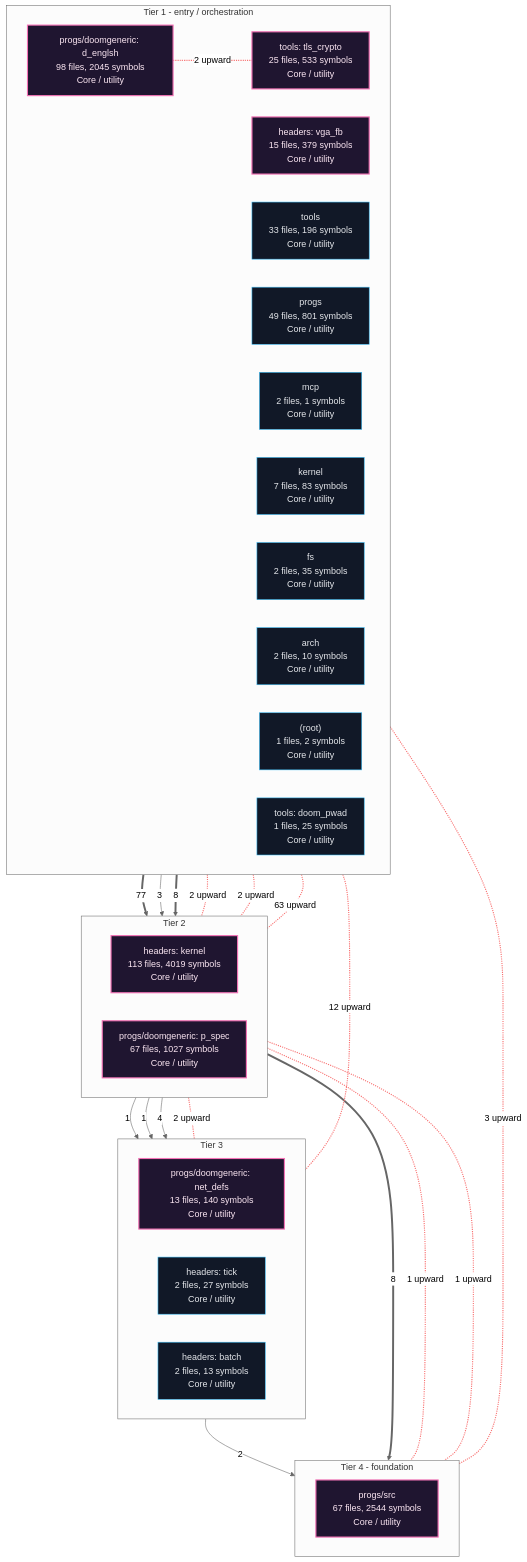
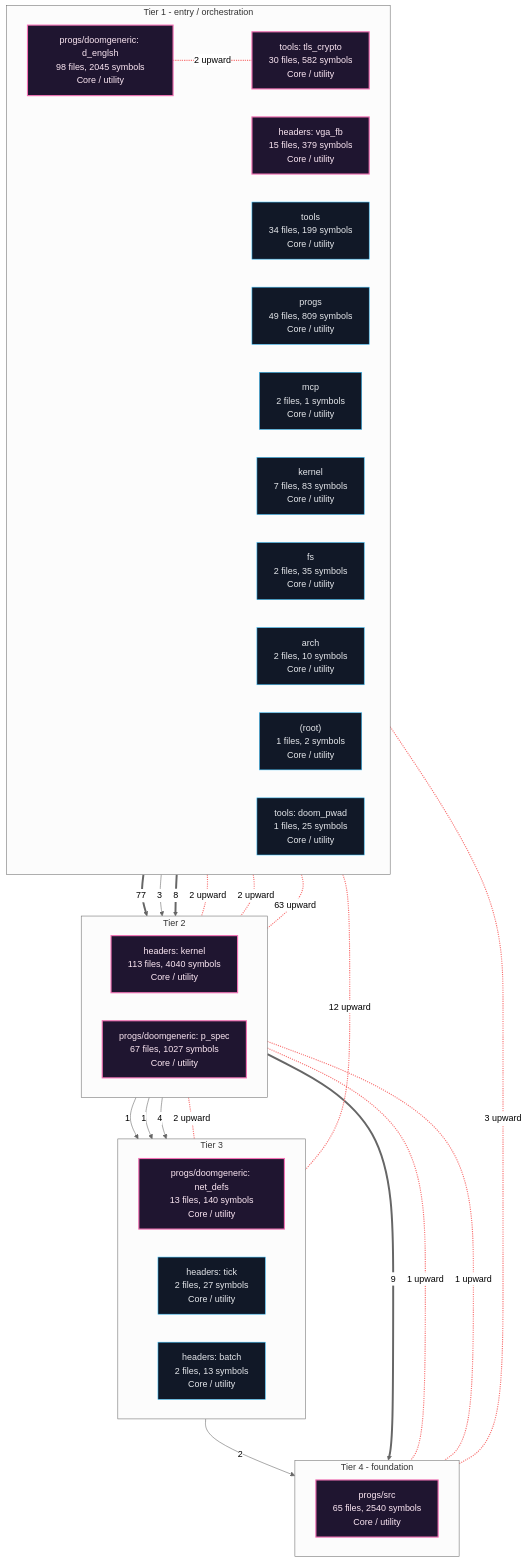
Before and after one commit to grisuno/miniOS: the first of 5 diagrams in readmenator-apidocs/architecture.md, drawn with Mermaid (neutral theme). The commit also changed 249 other files, not shown here.

````diff
--- a/readmenator-apidocs/architecture.md
+++ b/readmenator-apidocs/architecture.md
@@ -11,55 +11,55 @@
 ```mermaid
 flowchart TB
     classDef cycle fill:#1f1530,stroke:#f472b6,color:#fce7f3,stroke-width:2px;
     classDef default fill:#111827,stroke:#38bdf8,color:#e5e7eb;
     subgraph lane_0["Tier 1 - entry / orchestration"]
         direction LR
         n_c1["progs/doomgeneric: d_englsh<br/>98 files, 2045 symbols<br/>Core / utility"]:::cycle
-        n_c4["tools: tls_crypto<br/>25 files, 533 symbols<br/>Core / utility"]:::cycle
+        n_c4["tools: tls_crypto<br/>30 files, 582 symbols<br/>Core / utility"]:::cycle
         n_c5["headers: vga_fb<br/>15 files, 379 symbols<br/>Core / utility"]:::cycle
-        n_d_tools["tools<br/>33 files, 196 symbols<br/>Core / utility"]:::default
-        n_d_progs["progs<br/>49 files, 801 symbols<br/>Core / utility"]:::default
+        n_d_tools["tools<br/>34 files, 199 symbols<br/>Core / utility"]:::default
+        n_d_progs["progs<br/>49 files, 809 symbols<br/>Core / utility"]:::default
         n_d_mcp["mcp<br/>2 files, 1 symbols<br/>Core / utility"]:::default
         n_d_kernel["kernel<br/>7 files, 83 symbols<br/>Core / utility"]:::default
         n_d_fs["fs<br/>2 files, 35 symbols<br/>Core / utility"]:::default
         n_d_arch["arch<br/>2 files, 10 symbols<br/>Core / utility"]:::default
         n_d__root_["(root)<br/>1 files, 2 symbols<br/>Core / utility"]:::default
         n_c9["tools: doom_pwad<br/>1 files, 25 symbols<br/>Core / utility"]:::default
     end
     subgraph lane_1["Tier 2"]
         direction LR
-        n_c0["headers: kernel<br/>113 files, 4019 symbols<br/>Core / utility"]:::cycle
+        n_c0["headers: kernel<br/>113 files, 4040 symbols<br/>Core / utility"]:::cycle
         n_c3["progs/doomgeneric: p_spec<br/>67 files, 1027 symbols<br/>Core / utility"]:::cycle
     end
     subgraph lane_2["Tier 3"]
         direction LR
         n_c6["progs/doomgeneric: net_defs<br/>13 files, 140 symbols<br/>Core / utility"]:::cycle
         n_c8["headers: tick<br/>2 files, 27 symbols<br/>Core / utility"]:::default
         n_c7["headers: batch<br/>2 files, 13 symbols<br/>Core / utility"]:::default
     end
     subgraph lane_3["Tier 4 - foundation"]
         direction LR
-        n_c2["progs/src<br/>67 files, 2544 symbols<br/>Core / utility"]:::cycle
+        n_c2["progs/src<br/>65 files, 2540 symbols<br/>Core / utility"]:::cycle
     end
-    n_c0 ==>|"8"| n_c2
+    n_c0 ==>|"9"| n_c2
     n_c0 -->|"1"| n_c7
     n_c0 -->|"1"| n_c8
     n_c1 ==>|"77"| n_c3
     n_c3 -->|"4"| n_c6
     n_c4 -->|"3"| n_c0
     n_c5 ==>|"8"| n_c0
     n_c6 -->|"2"| n_c2
     n_c4 <-.-|"2 upward"| n_c0
     n_c5 <-.-|"2 upward"| n_c0
     n_c0 <-.-|"1 upward"| n_c2
     n_c1 <-.-|"3 upward"| n_c2
     n_c3 <-.-|"1 upward"| n_c2
     n_c1 <-.-|"63 upward"| n_c3
     n_c1 <-.-|"2 upward"| n_c4
     n_c1 <-.-|"12 upward"| n_c6
     n_c3 <-.-|"2 upward"| n_c6
     linkStyle 8,9,10,11,12,13,14,15,16 stroke:#f87171,stroke-width:2px;
     n_c1 ~~~ n_c0
     n_c0 ~~~ n_c6
     n_c6 ~~~ n_c2
 ```
````
